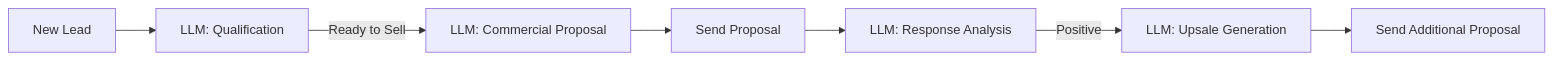
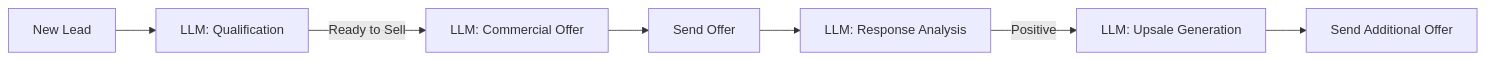
Before and after one commit to all-mute/learn-agents: diagram 11 of 13 in cognitive-book/docs/junior/_workflows-examples-p1.mdx, drawn with Mermaid. The commit also changed other lines of this file and 93 other files, not shown here.

````diff
--- a/cognitive-book/docs/junior/_workflows-examples-p1.mdx
+++ b/cognitive-book/docs/junior/_workflows-examples-p1.mdx
@@ -479,9 +480,9 @@
   ```mermaid
   flowchart LR
       Lead[New Lead] --> Qualify[LLM: Qualification]
-      Qualify -->|Ready to Sell| Propose[LLM: Commercial Proposal]
-      Propose --> Send[Send Proposal]
+      Qualify -->|Ready to Sell| Propose[LLM: Commercial Offer]
+      Propose --> Send[Send Offer]
       Send --> Follow[LLM: Response Analysis]
       Follow -->|Positive| Upsell[LLM: Upsale Generation]
-      Upsell --> SendUpsell[Send Additional Proposal]
+      Upsell --> SendUpsell[Send Additional Offer]
   ```
````
